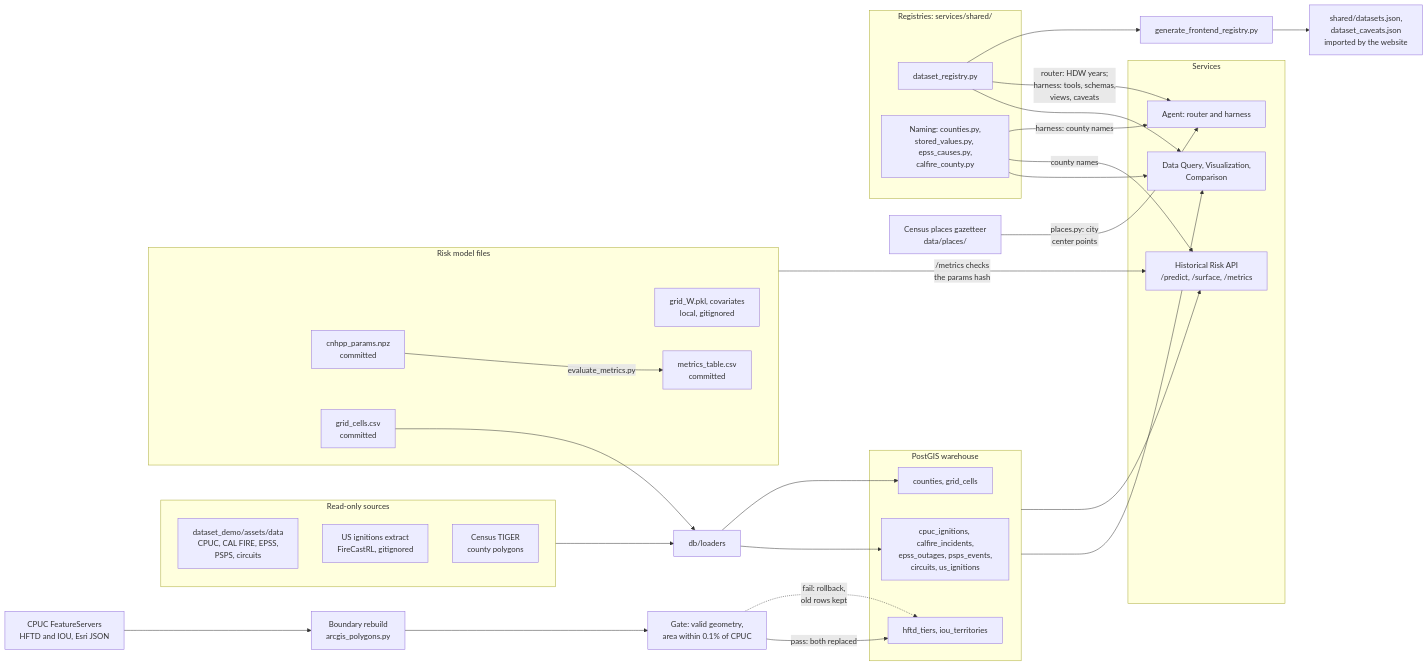
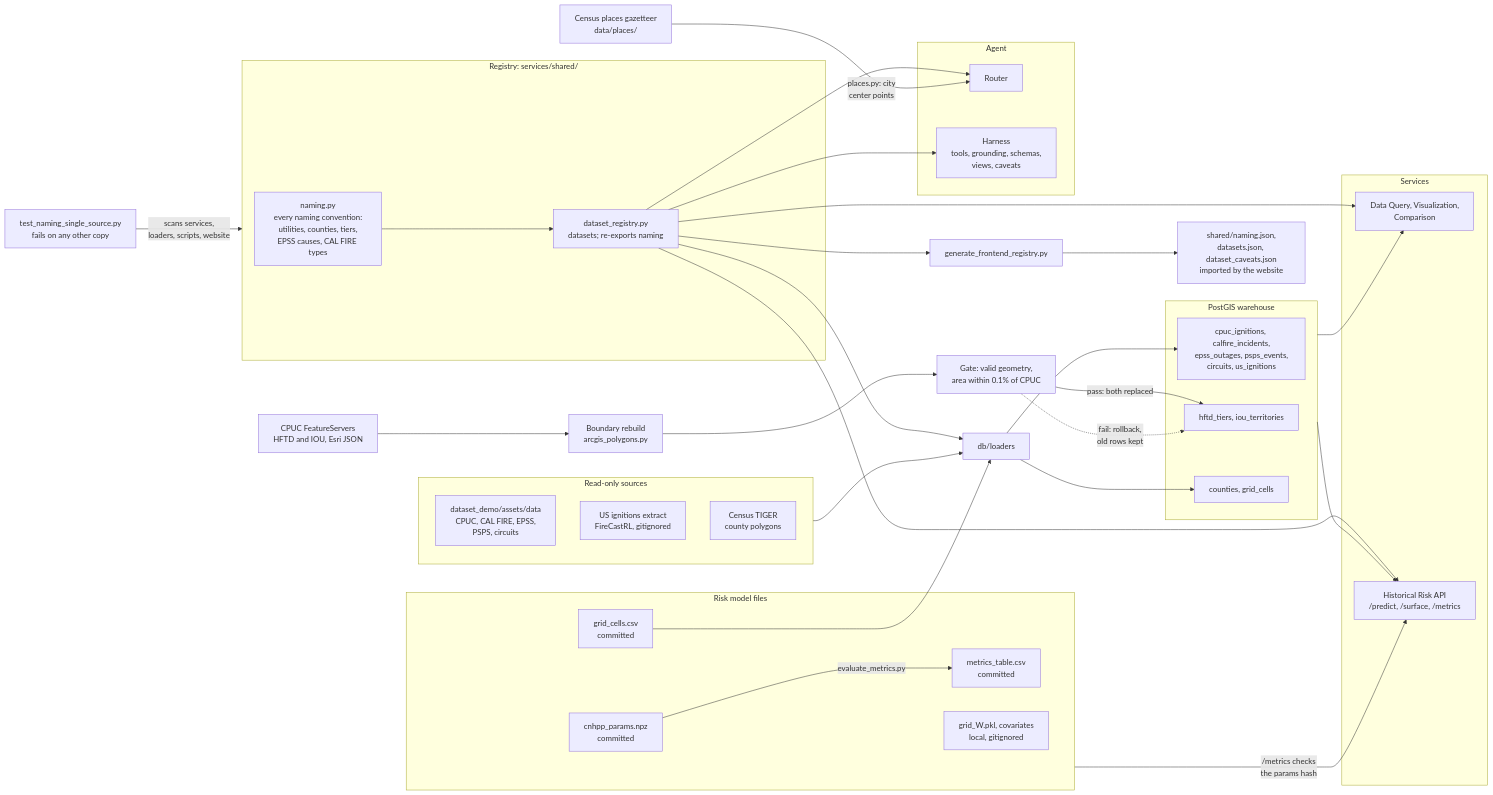
One commit to Woody-Zhu-Group/Wildfire-Platform changed the third of 3 diagrams in README.md. Above: the diagram before and after it, drawn with Mermaid. The commit also changed other lines of this file and 5 other files, not shown here.

First line of the commit message:
Redraw the data diagram's naming part for PR #87, record RDS in the handoff, and fix stale docs.

````diff
--- a/README.md
+++ b/README.md
@@ -144,61 +144,68 @@
 ```mermaid
 flowchart LR
     subgraph Src["Read-only sources"]
         Demo["dataset_demo/assets/data<br>CPUC, CAL FIRE, EPSS,<br>PSPS, circuits"]
         USX["US ignitions extract<br>FireCastRL, gitignored"]
         Tiger["Census TIGER<br>county polygons"]
     end
 
     FS["CPUC FeatureServers<br>HFTD and IOU, Esri JSON"]
     Rebuild["Boundary rebuild<br>arcgis_polygons.py"]
     Gate["Gate: valid geometry,<br>area within 0.1% of CPUC"]
     Loaders["db/loaders"]
 
     subgraph WH["PostGIS warehouse"]
         Events["cpuc_ignitions, calfire_incidents,<br>epss_outages, psps_events,<br>circuits, us_ignitions"]
         Bounds["hftd_tiers, iou_territories"]
         Base["counties, grid_cells"]
     end
 
     Src --> Loaders
     Loaders --> Events
     Loaders --> Base
     FS --> Rebuild --> Gate
     Gate -->|"pass: both replaced"| Bounds
     Gate -.->|"fail: rollback,<br>old rows kept"| Bounds
 
     subgraph RiskFiles["Risk model files"]
         Params["cnhpp_params.npz<br>committed"]
         Metrics["metrics_table.csv<br>committed"]
         GridCsv["grid_cells.csv<br>committed"]
         Cov["grid_W.pkl, covariates<br>local, gitignored"]
         Params -->|"evaluate_metrics.py"| Metrics
     end
     GridCsv --> Loaders
 
-    subgraph Reg["Registries: services/shared/"]
-        DSReg["dataset_registry.py"]
-        Names["Naming: counties.py,<br>stored_values.py, epss_causes.py,<br>calfire_county.py"]
+    subgraph Reg["Registry: services/shared/"]
+        Naming["naming.py<br>every naming convention:<br>utilities, counties, tiers,<br>EPSS causes, CAL FIRE types"]
+        DSReg["dataset_registry.py<br>datasets; re-exports naming"]
+        Naming --> DSReg
     end
+    Guard["test_naming_single_source.py<br>fails on any other copy"]
+    Guard -->|"scans services,<br>loaders, scripts, website"| Reg
     Gaz["Census places gazetteer<br>data/places/"]
 
     Gen["generate_frontend_registry.py"]
-    Web["shared/datasets.json,<br>dataset_caveats.json<br>imported by the website"]
+    Web["shared/naming.json,<br>datasets.json, dataset_caveats.json<br>imported by the website"]
 
     subgraph Svc["Services"]
         APIs["Data Query, Visualization,<br>Comparison"]
         RiskSvc["Historical Risk API<br>/predict, /surface, /metrics"]
-        AgentN["Agent: router and harness"]
+    end
+
+    subgraph AgentG["Agent"]
+        RouterN["Router"]
+        Harness["Harness<br>tools, grounding, schemas,<br>views, caveats"]
     end
 
     WH --> APIs
     WH --> RiskSvc
     RiskFiles -->|"/metrics checks<br>the params hash"| RiskSvc
     DSReg --> APIs
-    DSReg -->|"router: HDW years;<br>harness: tools, schemas,<br>views, caveats"| AgentN
+    DSReg --> RiskSvc
+    DSReg --> RouterN
+    DSReg --> Harness
+    DSReg --> Loaders
     DSReg --> Gen --> Web
-    Names --> APIs
-    Names -->|"county names"| RiskSvc
-    Names -->|"harness: county names"| AgentN
-    Gaz -->|"places.py: city<br>center points"| AgentN
+    Gaz -->|"places.py: city<br>center points"| RouterN
 ```
````
